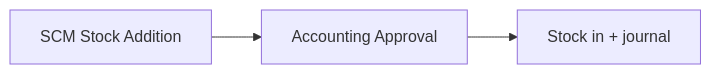
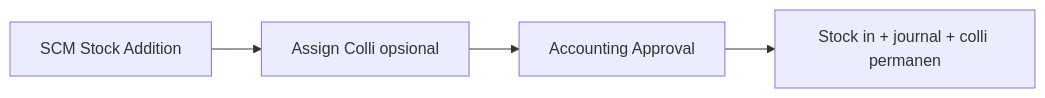
The diagram in qa-docs/supplychain-adjustment-addition/knowledge-base.md (yendyr/olshoperp-docs), drawn with Mermaid before and after one commit. The commit also changed other lines of this file and 5 other files, not shown here.

First line of the commit message:
docs(qa): sync Stock Addition Colli v2 + user guide (ETM-15633)

````diff
--- a/qa-docs/supplychain-adjustment-addition/knowledge-base.md
+++ b/qa-docs/supplychain-adjustment-addition/knowledge-base.md
@@ -69,5 +77,6 @@
 ```mermaid
 flowchart LR
-    A["SCM Stock Addition"] --> B["Accounting Approval"]
-    B --> C["Stock in + journal"]
+    A["SCM Stock Addition"] --> B["Assign Colli opsional"]
+    B --> C["Accounting Approval"]
+    C --> D["Stock in + journal + colli permanen"]
 ```
````
